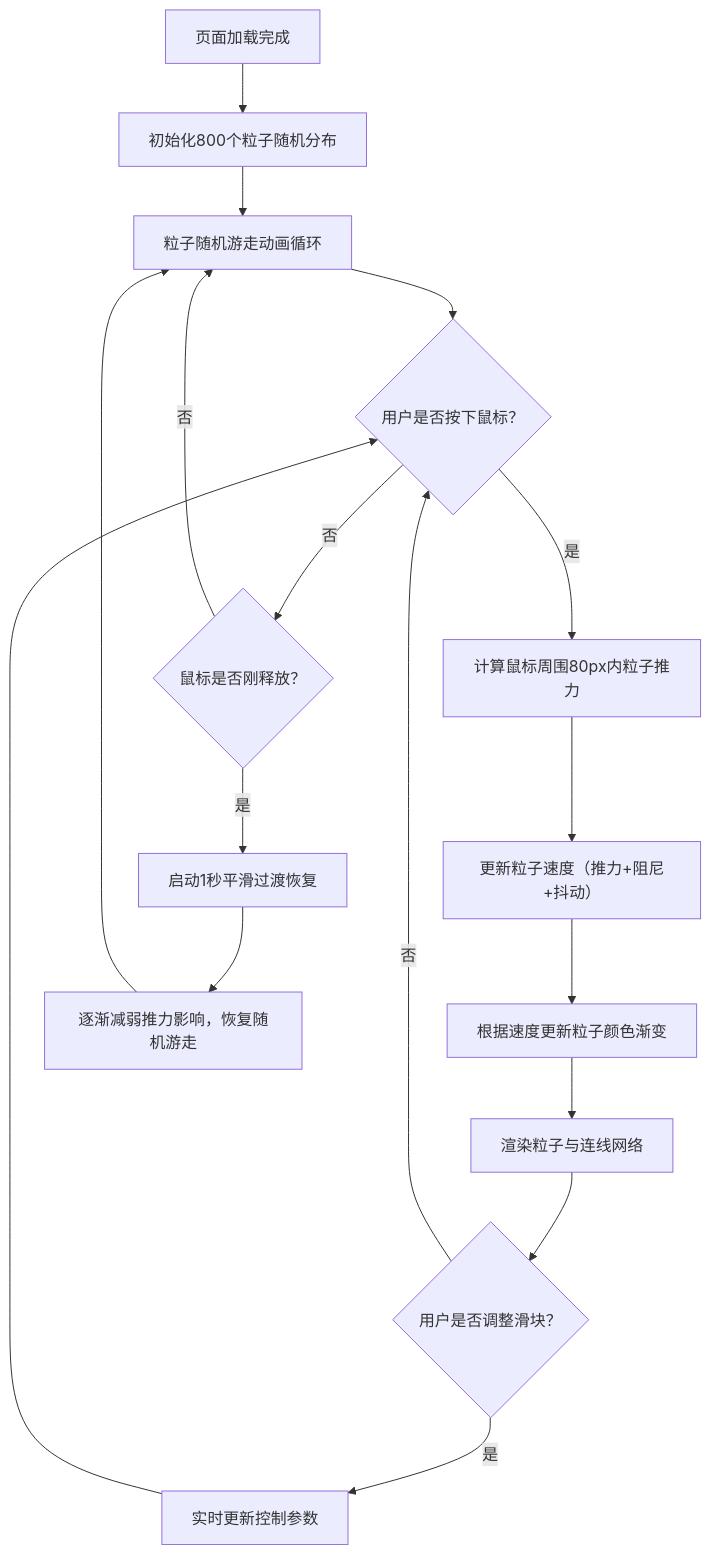
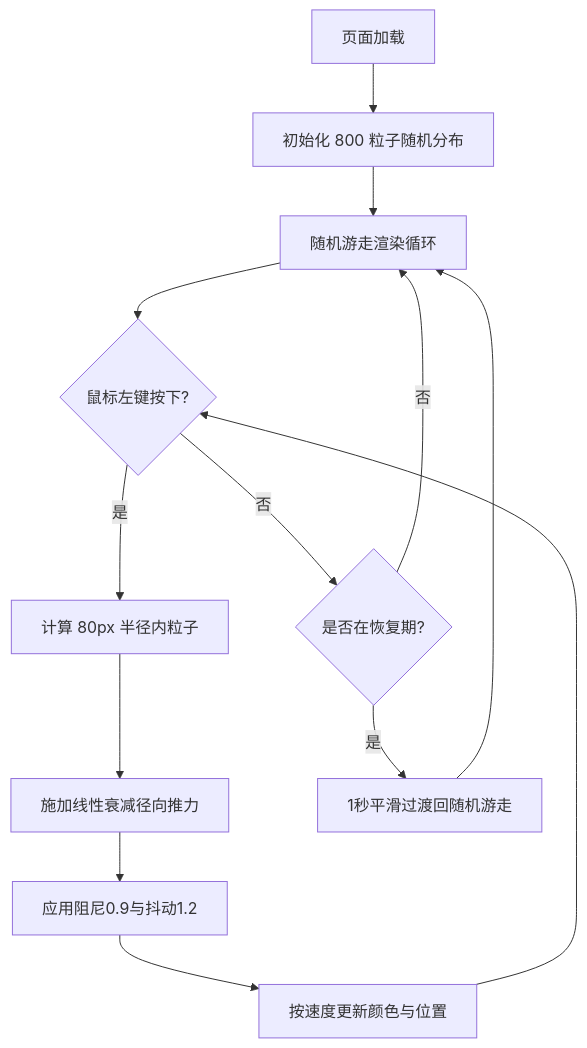
The diagram in cp3_6.17_auto4/.trae/documents/prd.md (NUDT-ZSL/Solo), drawn with Mermaid before and after one commit. The commit also changed other lines of this file and 15 other files, not shown here.

````diff
--- a/cp3_6.17_auto4/.trae/documents/prd.md
+++ b/cp3_6.17_auto4/.trae/documents/prd.md
@@ -29,19 +28,15 @@
 ```mermaid
 flowchart TD
-    A["页面加载完成"] --> B["初始化800个粒子随机分布"]
-    B --> C["粒子随机游走动画循环"]
-    C --> D{"用户是否按下鼠标？"}
-    D -->|是| E["计算鼠标周围80px内粒子推力"]
-    E --> F["更新粒子速度（推力+阻尼+抖动）"]
-    F --> G["根据速度更新粒子颜色渐变"]
-    G --> H["渲染粒子与连线网络"]
-    H --> I{"用户是否调整滑块？"}
-    I -->|是| J["实时更新控制参数"]
-    J --> D
-    I -->|否| D
-    D -->|否| K{"鼠标是否刚释放？"}
-    K -->|是| L["启动1秒平滑过渡恢复"]
-    L --> M["逐渐减弱推力影响，恢复随机游走"]
-    M --> C
-    K -->|否| C
+    A["页面加载"] --> B["初始化 800 粒子随机分布"]
+    B --> C["随机游走渲染循环"]
+    C --> D{"鼠标左键按下?"}
+    D -- 是 --> E["计算 80px 半径内粒子"]
+    E --> F["施加线性衰减径向推力"]
+    F --> G["应用阻尼0.9与抖动1.2"]
+    G --> H["按速度更新颜色与位置"]
+    H --> D
+    D -- 否 --> I{"是否在恢复期?"}
+    I -- 是 --> J["1秒平滑过渡回随机游走"]
+    J --> C
+    I -- 否 --> C
 ```
````
